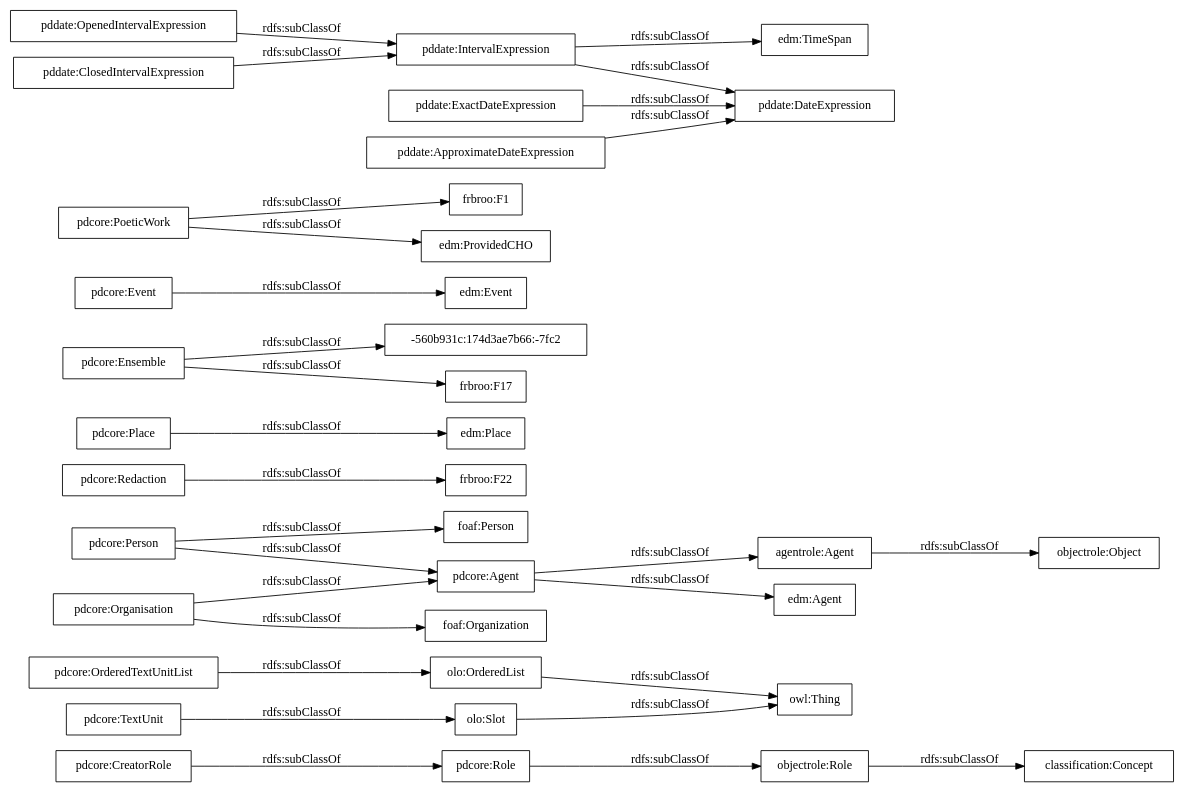
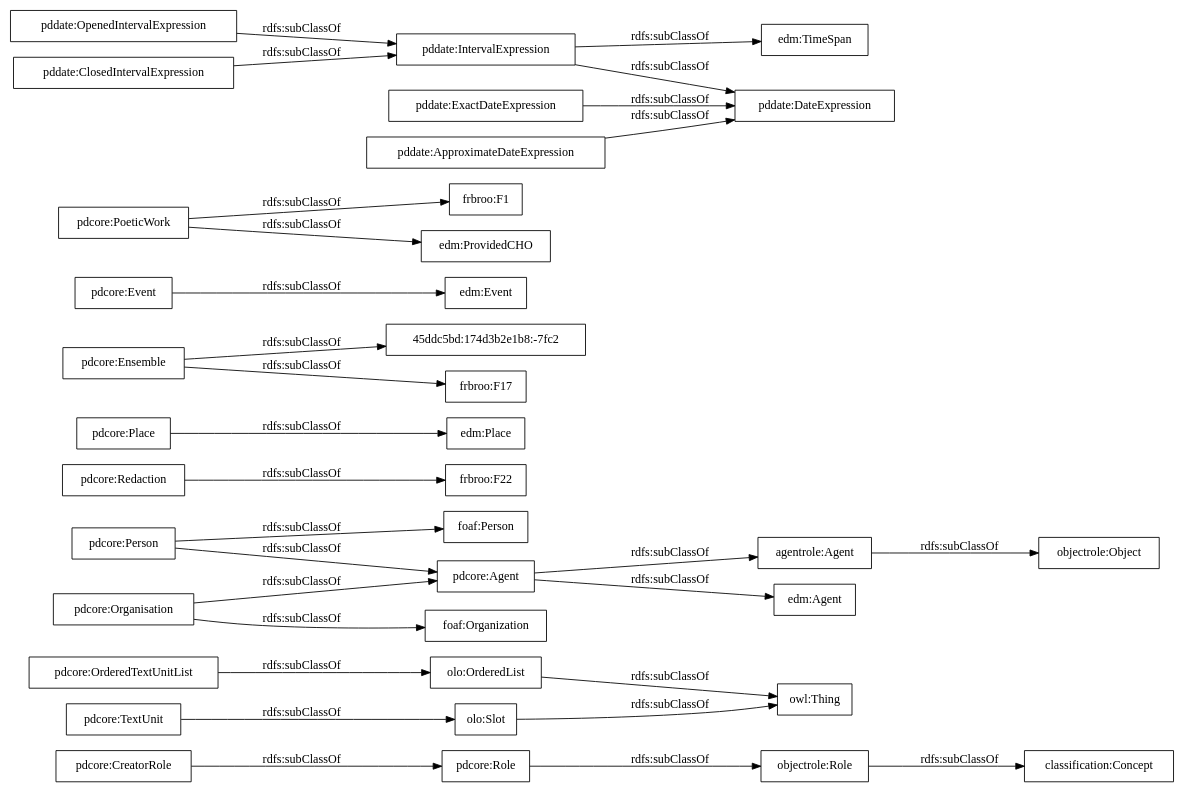
Before and after one commit to omare13/onto_test: the diagram in OnToology/postdata-core.owl/diagrams/ar2dtool-taxonomy/postdata-core.owl.png.dot, drawn with Graphviz. The commit also changed 5 other files, not shown here.

```diff
--- a/OnToology/postdata-core.owl/diagrams/ar2dtool-taxonomy/postdata-core.owl.png.dot
+++ b/OnToology/postdata-core.owl/diagrams/ar2dtool-taxonomy/postdata-core.owl.png.dot
@@ -1,33 +1,33 @@
 digraph ar2dtool_diagram { 
 rankdir=LR;
 size="1000"
-node [shape = rectangle, color="black"]; "pdcore:Role" "pdcore:OrderedTextUnitList" "agentrole:Agent" "frbroo:F22" "edm:Agent" "pdcore:Agent" "pdcore:CreatorRole" "pdcore:Person" "pdcore:Organisation" "edm:Place" "pdcore:Redaction" "pdcore:Ensemble" "foaf:Person" "edm:Event" "pdcore:TextUnit" "frbroo:F1" "foaf:Organization" "-560b931c:174d3ae7b66:-7fc2" "edm:ProvidedCHO" "pdcore:Place" "pdcore:Event" "pdcore:PoeticWork" "frbroo:F17" "owl:Thing" "objectrole:Role" "objectrole:Object" "olo:Slot" "olo:OrderedList" "pddate:OpenedIntervalExpression" "pddate:ClosedIntervalExpression" "pddate:IntervalExpression" "pddate:ExactDateExpression" "edm:TimeSpan" "pddate:DateExpression" "pddate:ApproximateDateExpression" "classification:Concept" ; /*classes style*/
+node [shape = rectangle, color="black"]; "pdcore:Role" "pdcore:OrderedTextUnitList" "agentrole:Agent" "frbroo:F22" "edm:Agent" "pdcore:Agent" "pdcore:CreatorRole" "pdcore:Person" "pdcore:Organisation" "edm:Place" "pdcore:Redaction" "pdcore:Ensemble" "foaf:Person" "edm:Event" "45ddc5bd:174d3b2e1b8:-7fc2" "pdcore:TextUnit" "frbroo:F1" "foaf:Organization" "edm:ProvidedCHO" "pdcore:Place" "pdcore:Event" "pdcore:PoeticWork" "frbroo:F17" "owl:Thing" "objectrole:Role" "objectrole:Object" "olo:Slot" "olo:OrderedList" "pddate:OpenedIntervalExpression" "pddate:ClosedIntervalExpression" "pddate:IntervalExpression" "pddate:ExactDateExpression" "edm:TimeSpan" "pddate:DateExpression" "pddate:ApproximateDateExpression" "classification:Concept" ; /*classes style*/
 	"pdcore:Person" -> "foaf:Person" [ label = "rdfs:subClassOf" ];
 	"pdcore:Person" -> "pdcore:Agent" [ label = "rdfs:subClassOf" ];
 	"agentrole:Agent" -> "objectrole:Object" [ label = "rdfs:subClassOf" ];
 	"pdcore:PoeticWork" -> "edm:ProvidedCHO" [ label = "rdfs:subClassOf" ];
 	"pdcore:PoeticWork" -> "frbroo:F1" [ label = "rdfs:subClassOf" ];
 	"objectrole:Role" -> "classification:Concept" [ label = "rdfs:subClassOf" ];
 	"pddate:ClosedIntervalExpression" -> "pddate:IntervalExpression" [ label = "rdfs:subClassOf" ];
 	"pdcore:Agent" -> "agentrole:Agent" [ label = "rdfs:subClassOf" ];
 	"pdcore:Agent" -> "edm:Agent" [ label = "rdfs:subClassOf" ];
 	"pddate:ApproximateDateExpression" -> "pddate:DateExpression" [ label = "rdfs:subClassOf" ];
 	"olo:Slot" -> "owl:Thing" [ label = "rdfs:subClassOf" ];
 	"pddate:OpenedIntervalExpression" -> "pddate:IntervalExpression" [ label = "rdfs:subClassOf" ];
 	"pdcore:Organisation" -> "foaf:Organization" [ label = "rdfs:subClassOf" ];
 	"pdcore:Organisation" -> "pdcore:Agent" [ label = "rdfs:subClassOf" ];
-	"pdcore:Ensemble" -> "-560b931c:174d3ae7b66:-7fc2" [ label = "rdfs:subClassOf" ];
+	"pdcore:Ensemble" -> "45ddc5bd:174d3b2e1b8:-7fc2" [ label = "rdfs:subClassOf" ];
 	"pdcore:Ensemble" -> "frbroo:F17" [ label = "rdfs:subClassOf" ];
 	"olo:OrderedList" -> "owl:Thing" [ label = "rdfs:subClassOf" ];
 	"pdcore:TextUnit" -> "olo:Slot" [ label = "rdfs:subClassOf" ];
 	"pdcore:Redaction" -> "frbroo:F22" [ label = "rdfs:subClassOf" ];
 	"pdcore:Place" -> "edm:Place" [ label = "rdfs:subClassOf" ];
 	"pdcore:CreatorRole" -> "pdcore:Role" [ label = "rdfs:subClassOf" ];
 	"pdcore:Role" -> "objectrole:Role" [ label = "rdfs:subClassOf" ];
 	"pddate:IntervalExpression" -> "edm:TimeSpan" [ label = "rdfs:subClassOf" ];
 	"pddate:IntervalExpression" -> "pddate:DateExpression" [ label = "rdfs:subClassOf" ];
 	"pdcore:OrderedTextUnitList" -> "olo:OrderedList" [ label = "rdfs:subClassOf" ];
 	"pddate:ExactDateExpression" -> "pddate:DateExpression" [ label = "rdfs:subClassOf" ];
 	"pdcore:Event" -> "edm:Event" [ label = "rdfs:subClassOf" ];
 
 }
```
